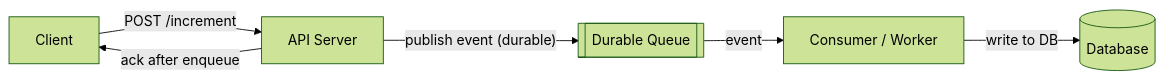
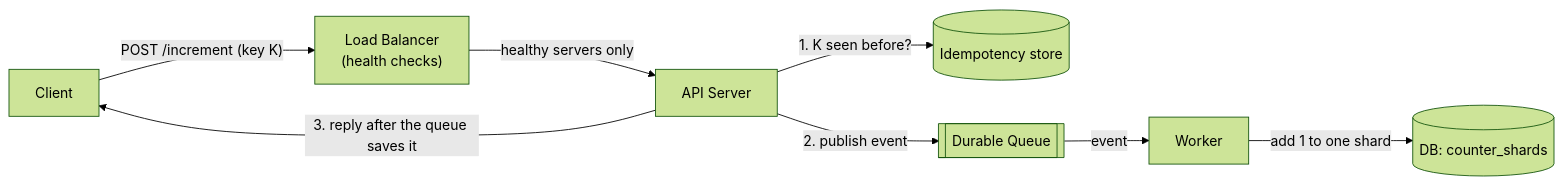
The diagram in hld/05-scalability-availability-consistency.md (aaryan-pradhan/core-cs-fundamentals), drawn with Mermaid (forest theme) before and after one commit. The commit also changed other lines of this file, not shown here.

````diff
--- a/hld/05-scalability-availability-consistency.md
+++ b/hld/05-scalability-availability-consistency.md
@@ -157,8 +28,10 @@
 ```mermaid
 flowchart LR
-    C["Client"] -->|"POST /increment"| A["API Server"]
-    A -->|"publish event (durable)"| Q[["Durable Queue"]]
-    A -->|"ack after enqueue"| C
-    Q -->|"event"| W["Consumer / Worker"]
-    W -->|"write to DB"| D[("Database")]
+    C["Client"] -->|"POST /increment (key K)"| LB["Load Balancer<br/>(health checks)"]
+    LB -->|"healthy servers only"| A["API Server"]
+    A -->|"1. K seen before?"| I[("Idempotency store")]
+    A -->|"2. publish event"| Q[["Durable Queue"]]
+    A -->|"3. reply after the queue saves it"| C
+    Q -->|"event"| W["Worker"]
+    W -->|"add 1 to one shard"| D[("DB: counter_shards")]
 ```
````
